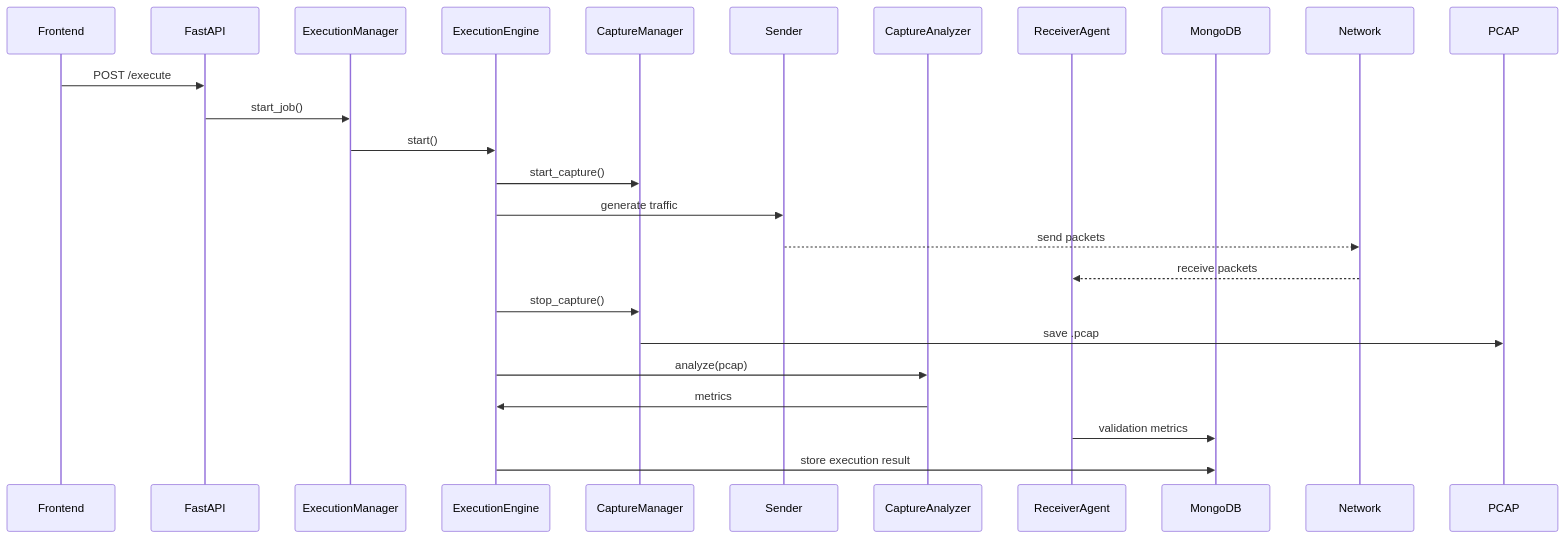
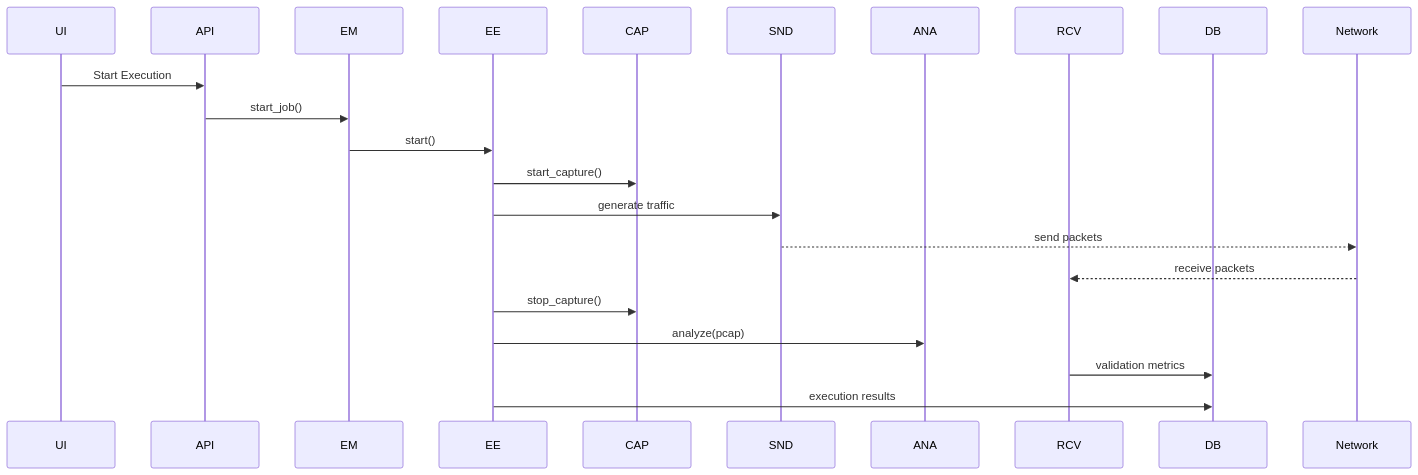
Before and after one commit to pestechnology/Adaptive-Network-Traffic-Generator: the fourth of 4 diagrams in README.md, drawn with Mermaid. The commit also changed other lines of this file, not shown here.

````diff
--- a/README.md
+++ b/README.md
@@ -47,31 +99,28 @@
 ```mermaid
 sequenceDiagram
-    participant UI as Frontend
-    participant API as FastAPI
-    participant EM as ExecutionManager
-    participant EE as ExecutionEngine
-    participant CAP as CaptureManager
-    participant SND as Sender
-    participant ANA as CaptureAnalyzer
-    participant RCV as ReceiverAgent
-    participant DB as MongoDB
+    participant UI
+    participant API
+    participant EM
+    participant EE
+    participant CAP
+    participant SND
+    participant ANA
+    participant RCV
+    participant DB
 
-    UI->>API: POST /execute
+    UI->>API: Start Execution
     API->>EM: start_job()
 
     EM->>EE: start()
     EE->>CAP: start_capture()
     EE->>SND: generate traffic
 
     SND-->>Network: send packets
     Network-->>RCV: receive packets
 
     EE->>CAP: stop_capture()
-    CAP->>PCAP: save .pcap
-
     EE->>ANA: analyze(pcap)
-    ANA->>EE: metrics
 
     RCV->>DB: validation metrics
-    EE->>DB: store execution result
+    EE->>DB: execution results
 ```
````
